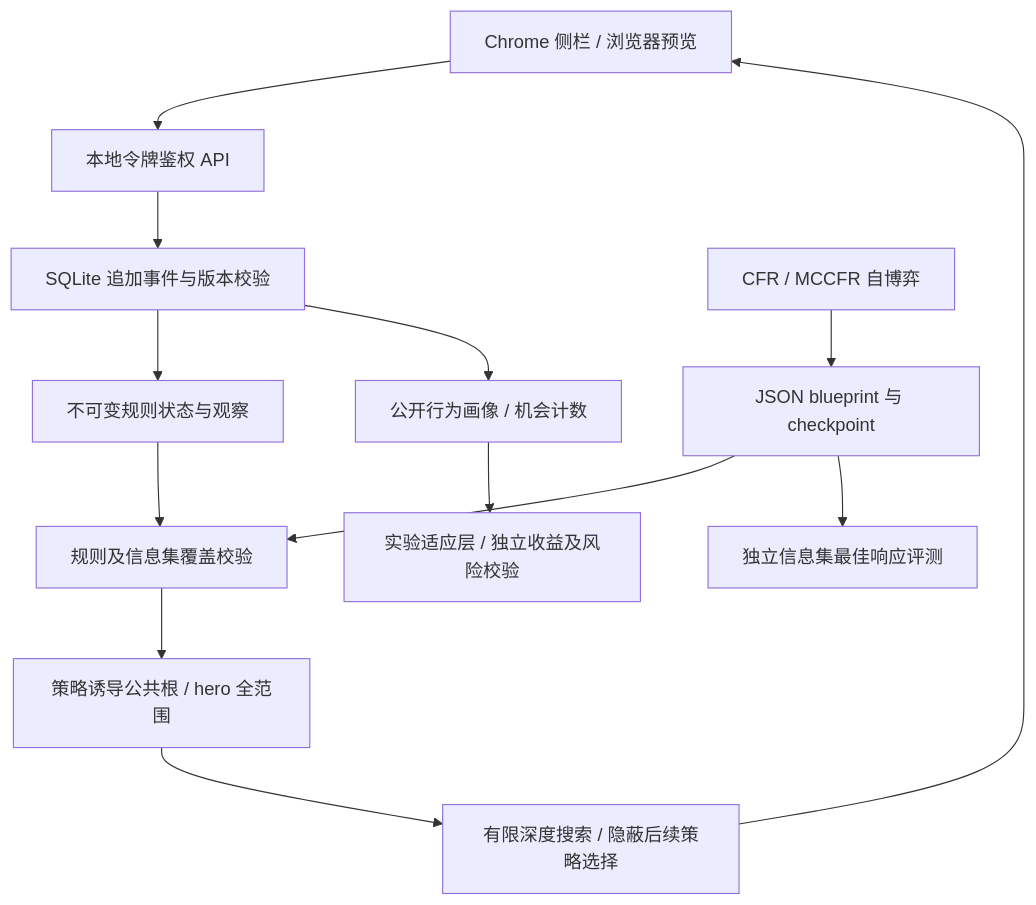
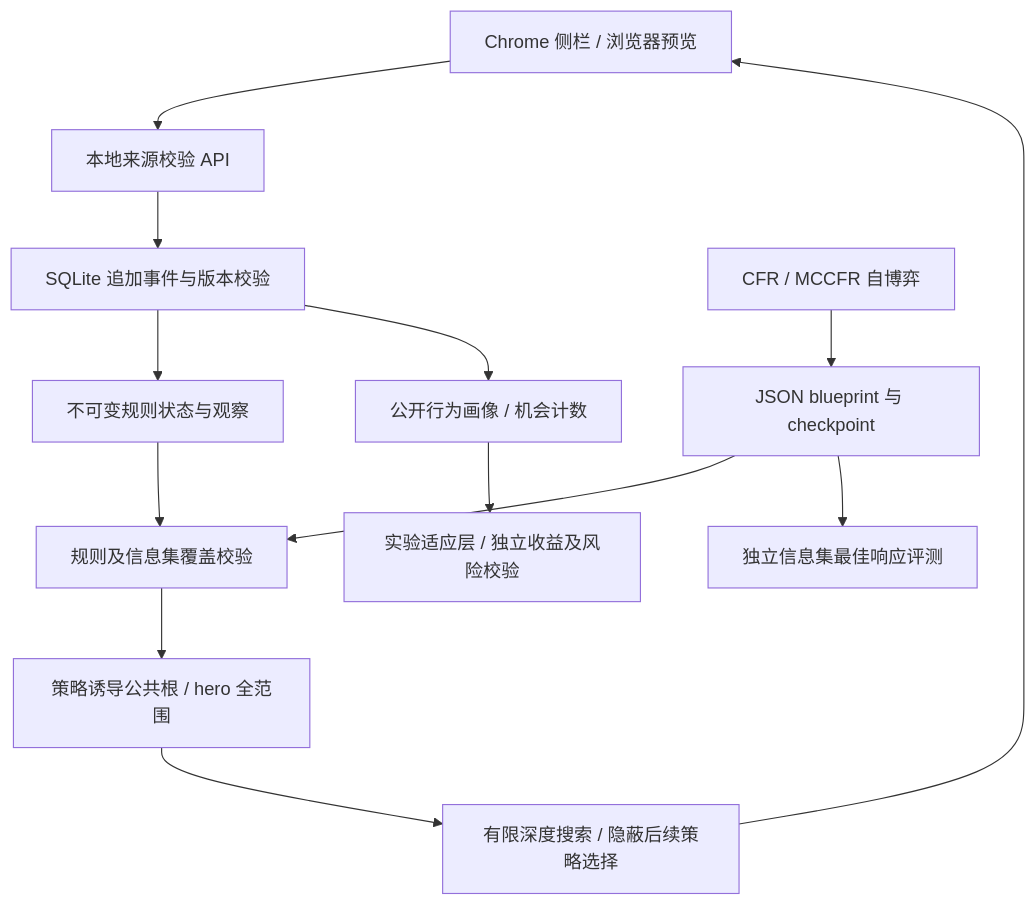
The diagram in docs/software-architecture.md (Keria2026/Texas-GTO), drawn with Mermaid before and after one commit. The commit also changed other lines of this file and 219 other files, not shown here.

````diff
--- a/docs/software-architecture.md
+++ b/docs/software-architecture.md
@@ -9,15 +9,15 @@
 ```mermaid
 flowchart TD
-  U[Chrome 侧栏 / 浏览器预览] --> A[本地令牌鉴权 API]
+  U[Chrome 侧栏 / 浏览器预览] --> A[本地来源校验 API]
   A --> E[SQLite 追加事件与版本校验]
   E --> G[不可变规则状态与观察]
   T[CFR / MCCFR 自博弈] --> B[JSON blueprint 与 checkpoint]
   B --> S[规则及信息集覆盖校验]
   G --> S
   S --> R[策略诱导公共根 / hero 全范围]
   R --> C[有限深度搜索 / 隐蔽后续策略选择]
   C --> U
   B --> V[独立信息集最佳响应评测]
   E --> O[公开行为画像 / 机会计数]
   O --> X[实验适应层 / 独立收益及风险校验]
 ```
````
